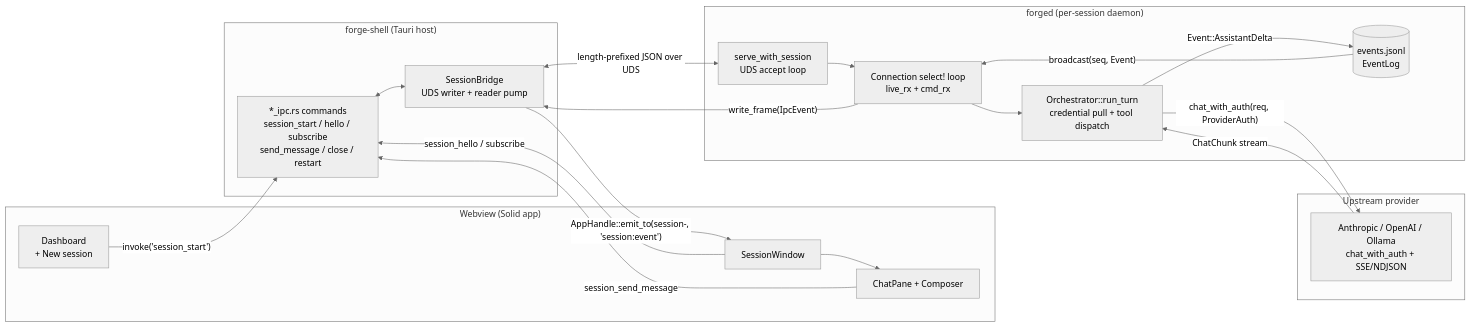
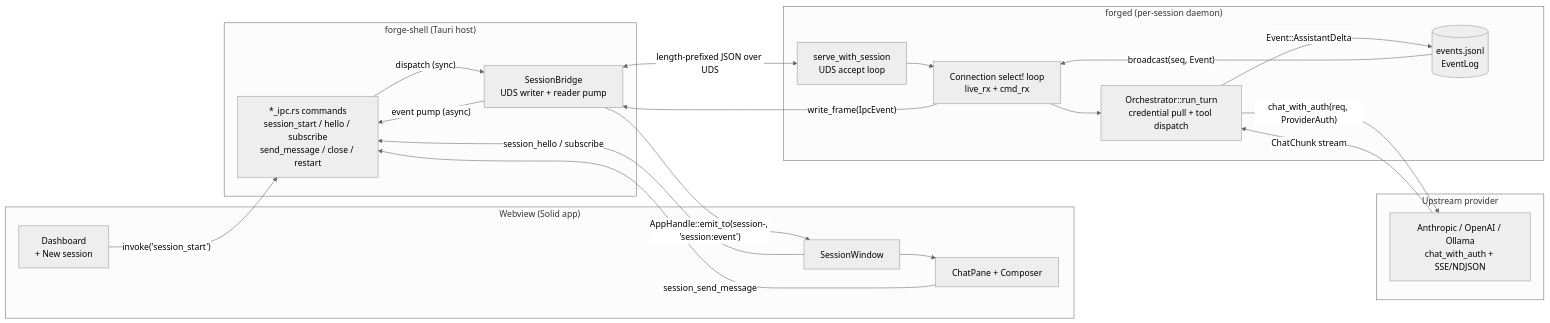
The first of 6 diagrams in docs/architecture/sessions-end-to-end.md (jeff-roche/forge), drawn with Mermaid (neutral theme) before and after one commit. The commit also changed other lines of this file, not shown here.

First line of the commit message:
docs(sessions): fix stale SESSION_EVENT citation and annotate private symbols

````diff
--- a/docs/architecture/sessions-end-to-end.md
+++ b/docs/architecture/sessions-end-to-end.md
@@ -16,39 +16,40 @@
 ```mermaid
 graph LR
     subgraph webview["Webview (Solid app)"]
         Dash[Dashboard<br/>+ New session]
         SW[SessionWindow]
         CP[ChatPane + Composer]
     end
 
     subgraph shell["forge-shell (Tauri host)"]
         Cmds[*_ipc.rs commands<br/>session_start / hello / subscribe<br/>send_message / close / restart]
         Bridge[SessionBridge<br/>UDS writer + reader pump]
     end
 
     subgraph daemon["forged (per-session daemon)"]
         Accept[serve_with_session<br/>UDS accept loop]
         Loop[Connection select! loop<br/>live_rx + cmd_rx]
         Orch[Orchestrator::run_turn<br/>credential pull + tool dispatch]
         Log[(events.jsonl<br/>EventLog)]
     end
 
     subgraph provider["Upstream provider"]
         HTTP[Anthropic / OpenAI / Ollama<br/>chat_with_auth + SSE/NDJSON]
     end
 
     Dash -- "invoke('session_start')" --> Cmds
     SW -- "session_hello / subscribe" --> Cmds
     CP -- "session_send_message" --> Cmds
-    Cmds <--> Bridge
+    Cmds -- "dispatch (sync)" --> Bridge
+    Bridge -- "event pump (async)" --> Cmds
     Bridge <-- "length-prefixed JSON over UDS" --> Accept
     Accept --> Loop
     Loop --> Orch
     Orch -- "chat_with_auth(req, ProviderAuth)" --> HTTP
     HTTP -- "ChatChunk stream" --> Orch
     Orch -- "Event::AssistantDelta" --> Log
     Log -- "broadcast(seq, Event)" --> Loop
     Loop -- "write_frame(IpcEvent)" --> Bridge
     Bridge -- "AppHandle::emit_to(session-<id>, 'session:event')" --> SW
     SW --> CP
 ```
````
